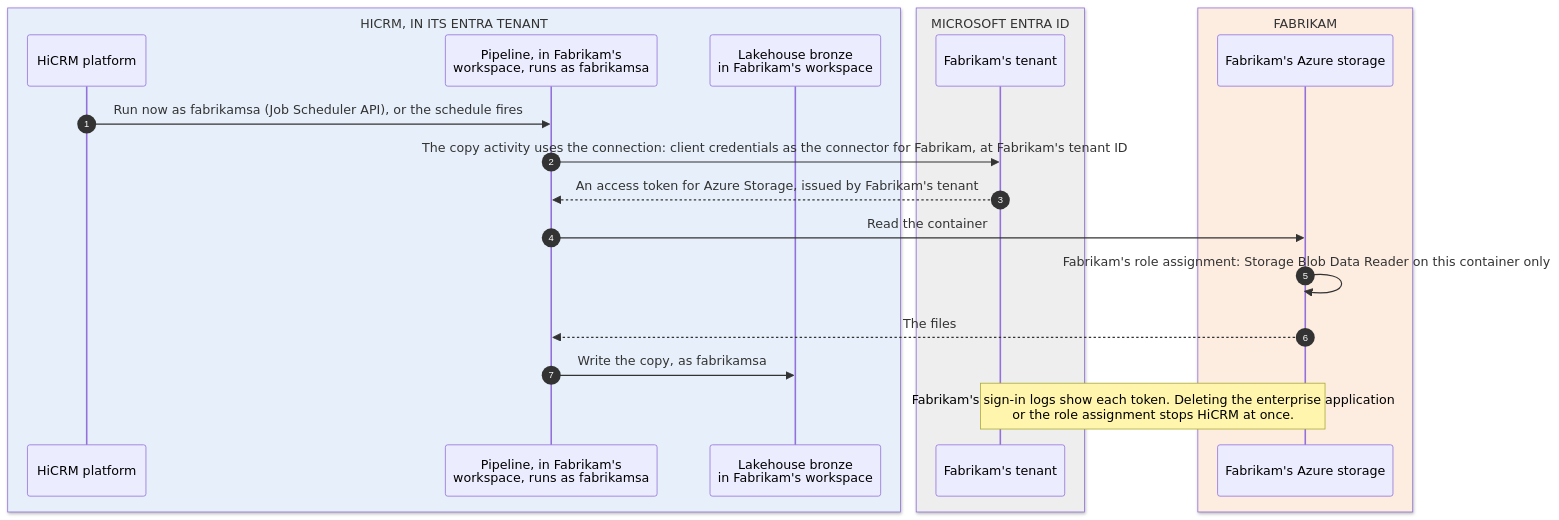
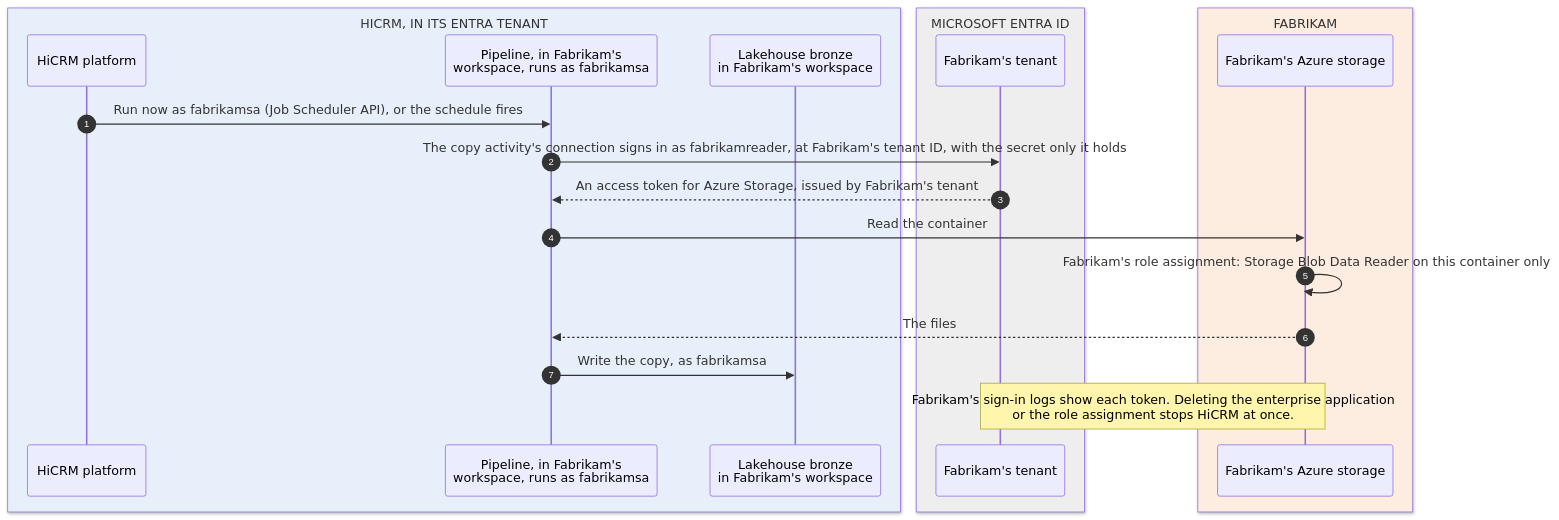
The fifth of 5 diagrams in saas-platform/IDENTITIES.md (apkola29/fabric), drawn with Mermaid before and after one commit. The commit also changed other lines of this file and 5 other files, not shown here.

````diff
--- a/saas-platform/IDENTITIES.md
+++ b/saas-platform/IDENTITIES.md
@@ -255,24 +347,24 @@
 ```mermaid
 sequenceDiagram
   autonumber
   box rgb(231,240,250) HICRM, IN ITS ENTRA TENANT
     participant H as HiCRM platform
     participant PL as Pipeline, in Fabrikam's<br/>workspace, runs as fabrikamsa
     participant LH as Lakehouse bronze<br/>in Fabrikam's workspace
   end
   box rgb(238,238,238) MICROSOFT ENTRA ID
     participant EF as Fabrikam's tenant
   end
   box rgb(253,236,224) FABRIKAM
     participant ST as Fabrikam's Azure storage
   end
 
   H->>PL: Run now as fabrikamsa (Job Scheduler API), or the schedule fires
-  PL->>EF: The copy activity uses the connection: client credentials as the connector for Fabrikam, at Fabrikam's tenant ID
+  PL->>EF: The copy activity's connection signs in as fabrikamreader, at Fabrikam's tenant ID, with the secret only it holds
   EF-->>PL: An access token for Azure Storage, issued by Fabrikam's tenant
   PL->>ST: Read the container
   ST->>ST: Fabrikam's role assignment: Storage Blob Data Reader on this container only
   ST-->>PL: The files
   PL->>LH: Write the copy, as fabrikamsa
   Note over EF,ST: Fabrikam's sign-in logs show each token. Deleting the enterprise application<br/>or the role assignment stops HiCRM at once.
 ```
````
